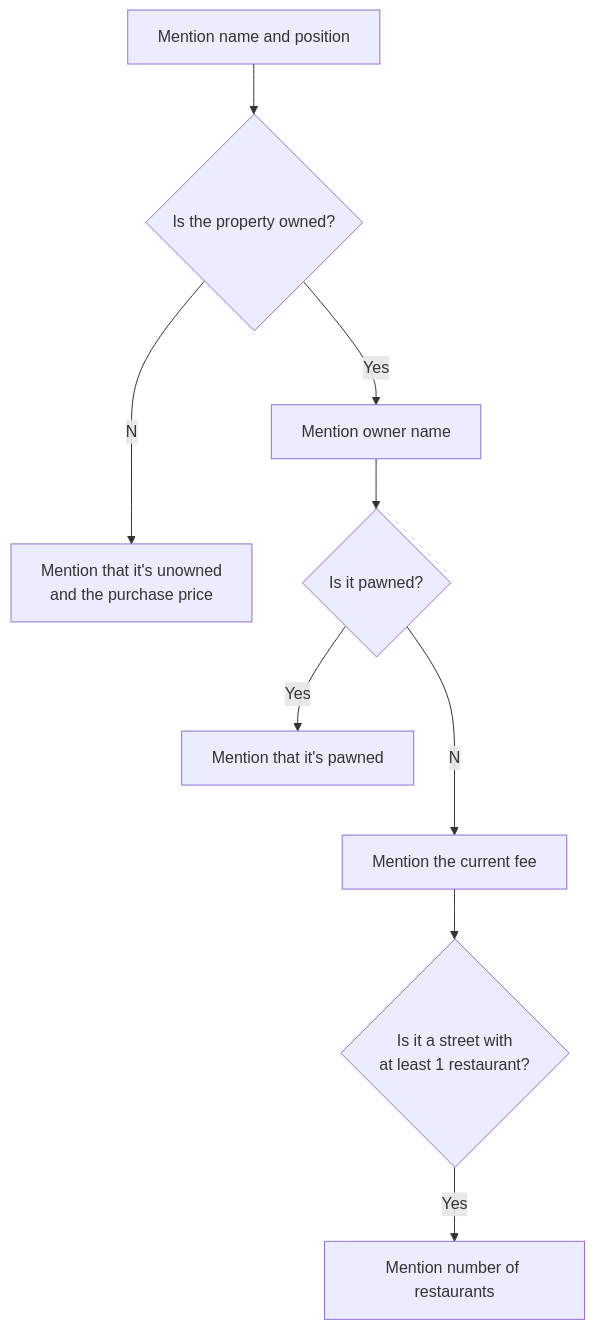
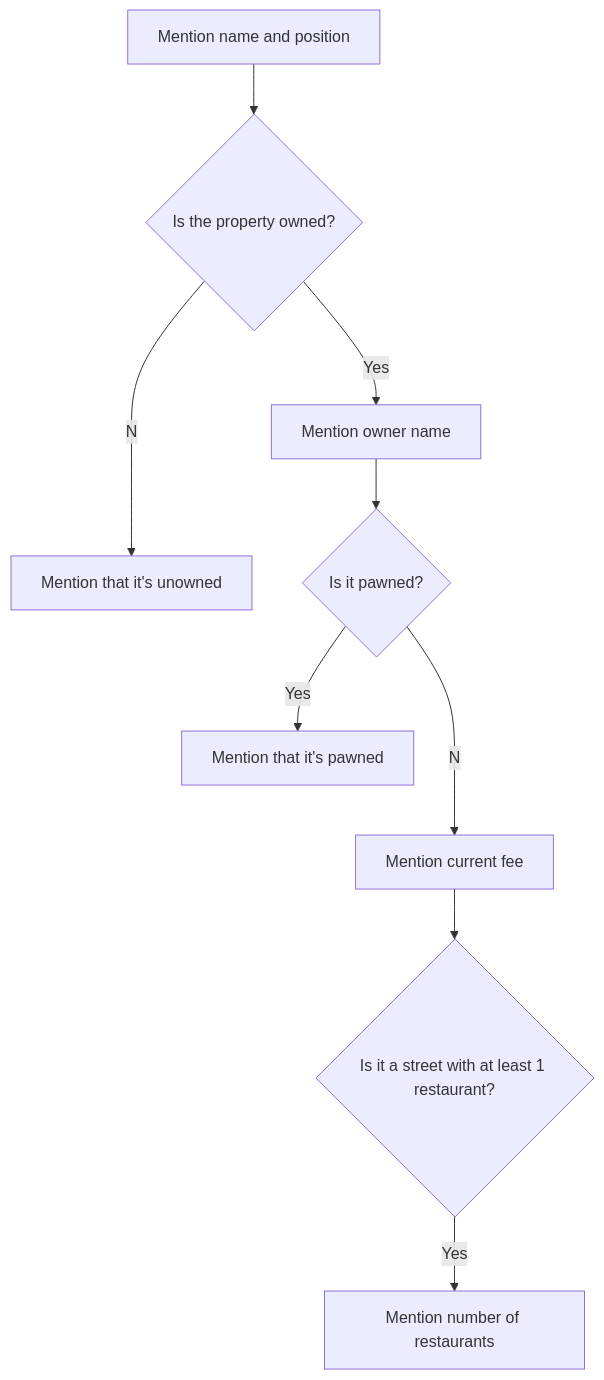
The second of 3 diagrams in README.md (ncschroeder/Singletonopoly), drawn with Mermaid before and after one commit. The commit also changed other lines of this file, not shown here.

````diff
--- a/README.md
+++ b/README.md
@@ -647,13 +613,11 @@
 ```mermaid
 flowchart TD
     A[Mention name and position] --> B{Is the property owned?}
     B --Yes--> C[Mention owner name]
-    B --No--> D["Mention that it's unowned
-        and the purchase price"]
+    B --No--> D[Mention that it's unowned]
     C --> E{Is it pawned?}
     E --Yes--> F[Mention that it's pawned]
-    E --No--> G[Mention the current fee]
-    G --> H{"Is it a street with
-        at least 1 restaurant?"}
+    E --No--> G[Mention current fee]
+    G --> H{Is it a street with at least 1 restaurant?}
     H --Yes--> I[Mention number of restaurants]
 ```
````
